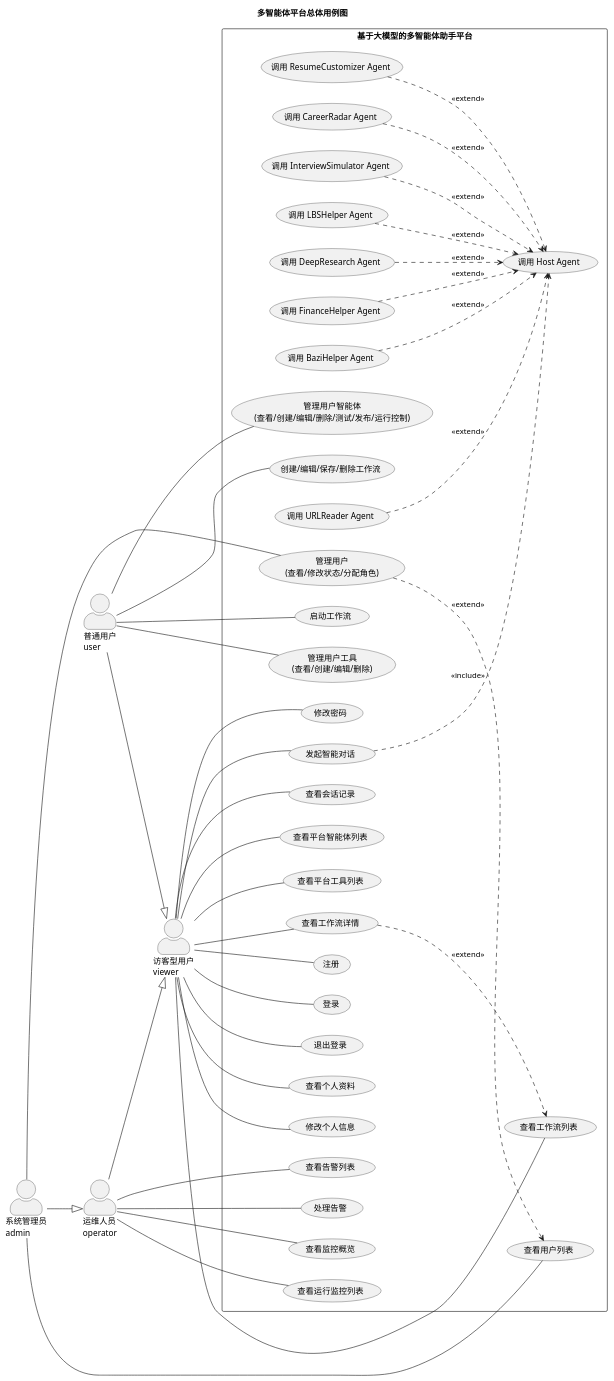
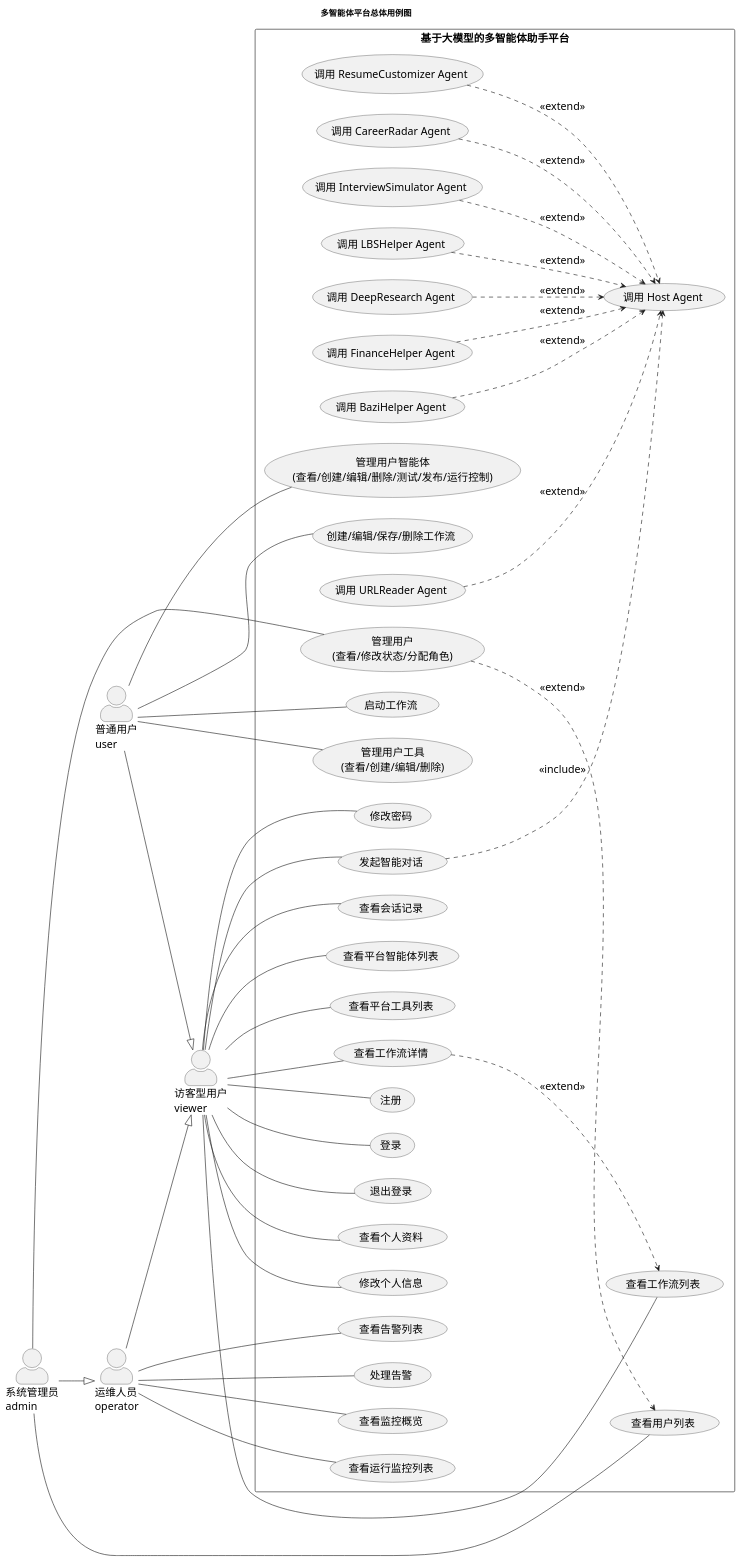
Before and after one commit to takatsuk1/bishe: the diagram in uml图/用例图/四种角色用例图.puml, drawn with PlantUML. The commit also changed 91 other files, not shown here.

```diff
--- a/uml图/用例图/四种角色用例图.puml
+++ b/uml图/用例图/四种角色用例图.puml
@@ -1,143 +1,144 @@
 @startuml
 left to right direction
 skinparam packageStyle rectangle
 skinparam shadowing false
+skinparam defaultFontSize 18
 skinparam actorStyle awesome
 
 title 多智能体平台总体用例图
 
 actor "访客型用户\nviewer" as Viewer
 actor "普通用户\nuser" as User
 actor "运维人员\noperator" as Operator
 actor "系统管理员\nadmin" as Admin
 
 User --|> Viewer
 Operator --|> Viewer
 Admin --|> Operator
 
 rectangle "基于大模型的多智能体助手平台" {
 
   '======================
   ' 基础认证与使用
   '======================
   usecase "注册" as UC_Register
   usecase "登录" as UC_Login
   usecase "退出登录" as UC_Logout
   usecase "查看个人资料" as UC_Profile
   usecase "修改个人信息" as UC_EditProfile
   usecase "修改密码" as UC_ChangePwd
 
   '======================
   ' 聊天与系统内置Agent协同
   '======================
   usecase "发起智能对话" as UC_Chat
   usecase "查看会话记录" as UC_Session
   usecase "调用 Host Agent" as UC_Host
   usecase "调用 DeepResearch Agent" as UC_DeepResearch
   usecase "调用 URLReader Agent" as UC_URLReader
   usecase "调用 LBSHelper Agent" as UC_LBS
   usecase "调用 FinanceHelper Agent" as UC_Finance
   usecase "调用 BaziHelper Agent" as UC_Bazi
   usecase "调用 ResumeCustomizer Agent" as UC_Resume
   usecase "调用 InterviewSimulator Agent" as UC_Interview
   usecase "调用 CareerRadar Agent" as UC_Career
 
   '======================
   ' 平台资源查看
   '======================
   usecase "查看平台智能体列表" as UC_ViewAgents
   usecase "查看平台工具列表" as UC_ViewTools
   usecase "查看工作流列表" as UC_ViewWorkflows
   usecase "查看工作流详情" as UC_WorkflowDetail
 
   '======================
   ' 工作流管理
   '======================
   usecase "创建/编辑/保存/删除工作流" as UC_SaveWorkflow
   usecase "启动工作流" as UC_RunWorkflow
 
   '======================
   ' 用户工具管理
   '======================
   usecase "管理用户工具\n(查看/创建/编辑/删除)" as UC_ManageUserTools
 
   '======================
   ' 用户智能体管理
   '======================
   usecase "管理用户智能体\n(查看/创建/编辑/删除/测试/发布/运行控制)" as UC_ManageUserAgents
 
   '======================
   ' 监控与告警
   '======================
   usecase "查看监控概览" as UC_MonitorOverview
   usecase "查看运行监控列表" as UC_MonitorRuns
   usecase "查看告警列表" as UC_Alerts
   usecase "处理告警" as UC_HandleAlert
 
   '======================
   ' 后台管理
   '======================
   usecase "查看用户列表" as UC_UserList
   usecase "管理用户\n(查看/修改状态/分配角色)" as UC_ManageUser
 }
 
 '======================
 ' 角色与用例的关联
 '======================
 
 ' viewer
 Viewer -- UC_Login
 Viewer -- UC_Register
 Viewer -- UC_Logout
 Viewer -- UC_Profile
 Viewer -- UC_EditProfile
 Viewer -- UC_ChangePwd
 Viewer -- UC_Chat
 Viewer -- UC_Session
 Viewer -- UC_ViewAgents
 Viewer -- UC_ViewTools
 Viewer -- UC_ViewWorkflows
 Viewer -- UC_WorkflowDetail
 
 ' user
 User -- UC_SaveWorkflow
 User -- UC_RunWorkflow
 User -- UC_ManageUserTools
 User -- UC_ManageUserAgents
 
 ' operator
 Operator -- UC_MonitorOverview
 Operator -- UC_MonitorRuns
 Operator -- UC_Alerts
 Operator -- UC_HandleAlert
 
 ' admin
 Admin -- UC_UserList
 Admin -- UC_ManageUser
 
 '======================
 ' 用例之间的关系
 '======================
 
 ' 聊天一定经过 Host Agent
 UC_Chat ..> UC_Host : <<include>>
 
 ' Host Agent 条件调用专业 Agent
 UC_DeepResearch ..> UC_Host : <<extend>>
 UC_URLReader ..> UC_Host : <<extend>>
 UC_LBS ..> UC_Host : <<extend>>
 UC_Finance ..> UC_Host : <<extend>>
 UC_Bazi ..> UC_Host : <<extend>>
 UC_Resume ..> UC_Host : <<extend>>
 UC_Interview ..> UC_Host : <<extend>>
 UC_Career ..> UC_Host : <<extend>>
 
 ' 工作流详情通常建立在查看工作流列表基础上
 
 ' 工作流详情通常建立在查看工作流列表基础上
 UC_WorkflowDetail ..> UC_ViewWorkflows : <<extend>>
 
 ' 用户详情建立在查看用户列表基础上
 UC_ManageUser ..> UC_UserList : <<extend>>
 
 @enduml
```
